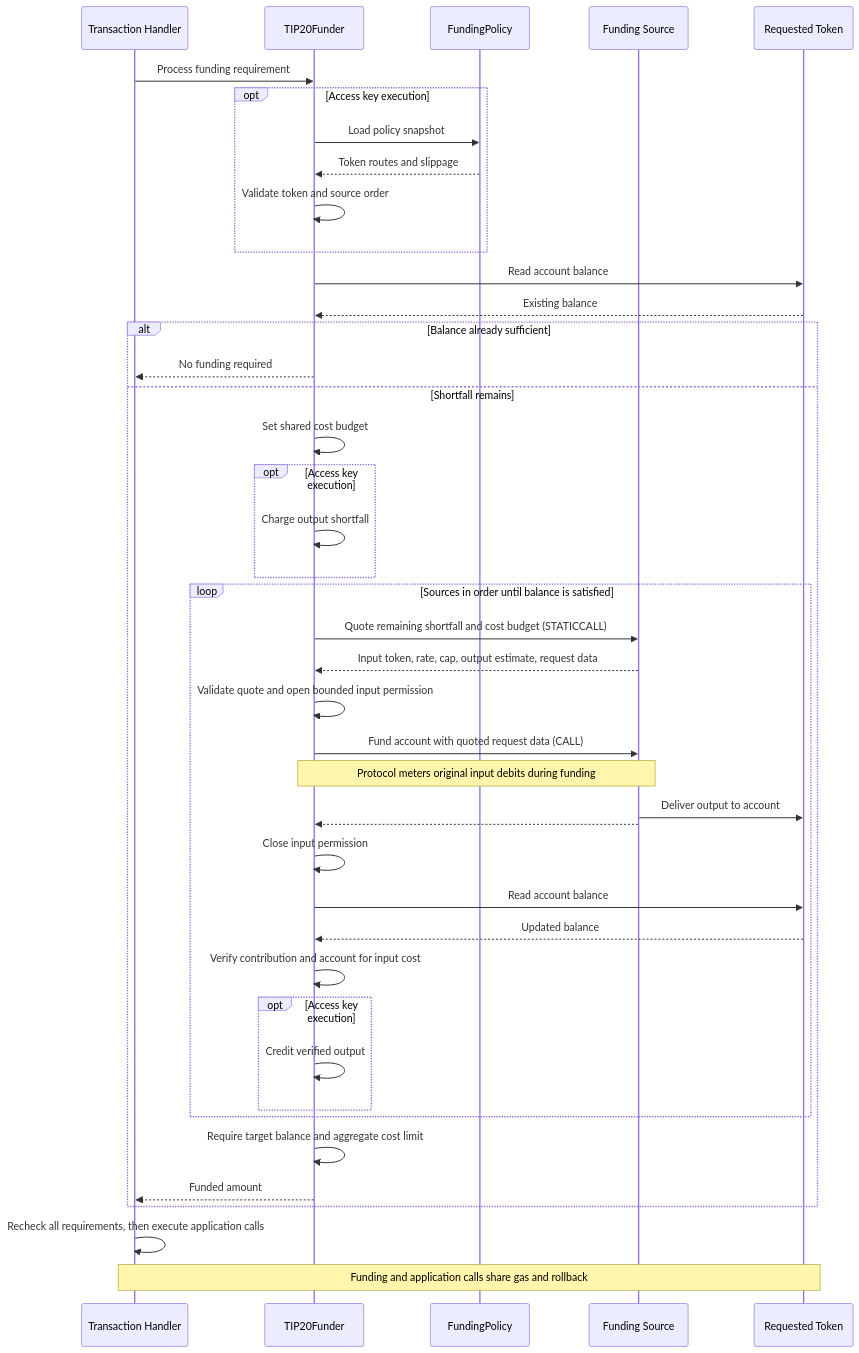
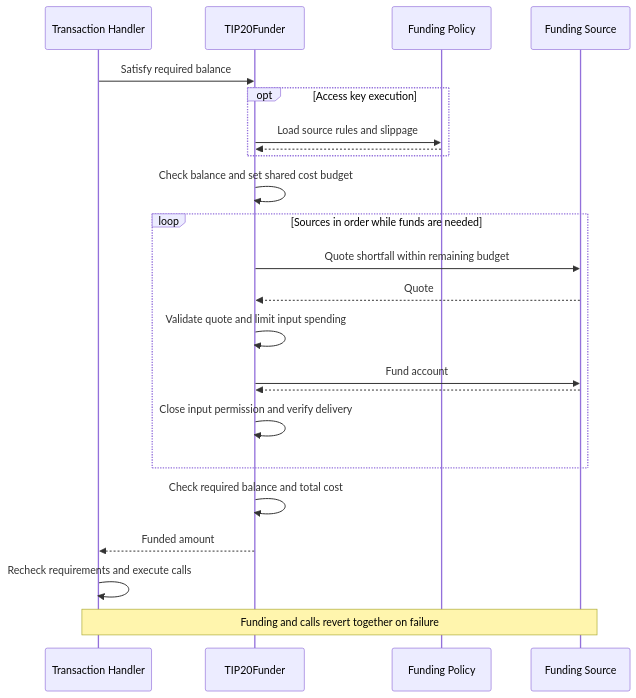
One commit to tempoxyz/tempo changed the second of 3 diagrams in tips/tip-1120.md. Above: the diagram before and after it, drawn with Mermaid. The commit also changed other lines of this file, not shown here.

Commit message:
docs: simplify funding flow diagrams

````diff
--- a/tips/tip-1120.md
+++ b/tips/tip-1120.md
@@ -699,45 +699,26 @@
 ```mermaid
 sequenceDiagram
     participant H as Transaction Handler
     participant P as TIP20Funder
-    participant R as FundingPolicy
+    participant R as Funding Policy
     participant F as Funding Source
-    participant T as Requested Token
 
-    H->>P: Process funding requirement
+    H->>P: Satisfy required balance
     opt Access key execution
-        P->>R: Load policy snapshot
-        R-->>P: Token routes and slippage
-        P->>P: Validate token and source order
+        P->>R: Load source rules and slippage
+        R-->>P:
     end
-    P->>T: Read account balance
-    T-->>P: Existing balance
-    alt Balance already sufficient
-        P-->>H: No funding required
-    else Shortfall remains
-        P->>P: Set shared cost budget
-        opt Access key execution
-            P->>P: Charge output shortfall
-        end
-        loop Sources in order until balance is satisfied
-            P->>F: Quote remaining shortfall and cost budget (STATICCALL)
-            F-->>P: Input token, rate, cap, output estimate, request data
-            P->>P: Validate quote and open bounded input permission
-            P->>F: Fund account with quoted request data (CALL)
-            Note over P,F: Protocol meters original input debits during funding
-            F->>T: Deliver output to account
-            F-->>P:
-            P->>P: Close input permission
-            P->>T: Read account balance
-            T-->>P: Updated balance
-            P->>P: Verify contribution and account for input cost
-            opt Access key execution
-                P->>P: Credit verified output
-            end
-        end
-        P->>P: Require target balance and aggregate cost limit
-        P-->>H: Funded amount
+    P->>P: Check balance and set shared cost budget
+    loop Sources in order while funds are needed
+        P->>F: Quote shortfall within remaining budget
+        F-->>P: Quote
+        P->>P: Validate quote and limit input spending
+        P->>F: Fund account
+        F-->>P:
+        P->>P: Close input permission and verify delivery
     end
-    H->>H: Recheck all requirements, then execute application calls
-    Note over H,T: Funding and application calls share gas and rollback
+    P->>P: Check required balance and total cost
+    P-->>H: Funded amount
+    H->>H: Recheck requirements and execute calls
+    Note over H,F: Funding and calls revert together on failure
 ```
````
